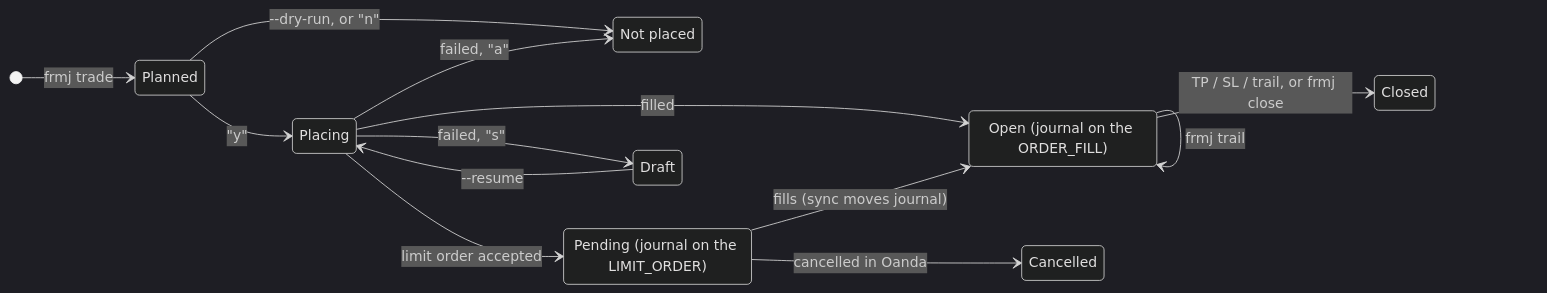
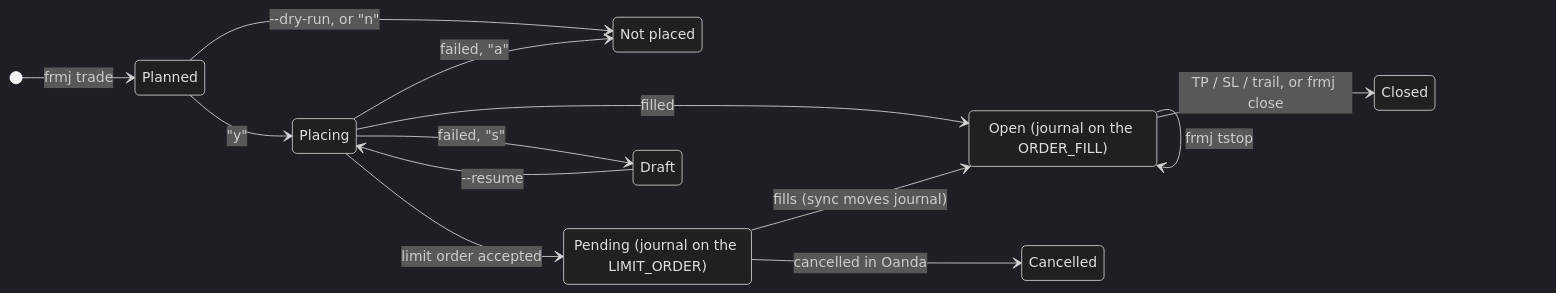
Before and after one commit to RagBillySandstone/frmj: the third of 6 diagrams in docs/architecture.md, drawn with Mermaid (dark theme). The commit also changed other lines of this file and 12 other files, not shown here.

First line of the commit message:
feat!: rename frmj trail to frmj tstop so 'tr' completes to trade

````diff
--- a/docs/architecture.md
+++ b/docs/architecture.md
@@ -205,20 +205,20 @@
 ```mermaid
 stateDiagram-v2
     direction LR
     NotPlaced: Not placed
     Open: Open (journal on the ORDER_FILL)
     Pending: Pending (journal on the LIMIT_ORDER)
 
     [*] --> Planned: frmj trade
     Planned --> NotPlaced: --dry-run, or "n"
     Planned --> Placing: "y"
     Placing --> Draft: failed, "s"
     Draft --> Placing: --resume
     Placing --> NotPlaced: failed, "a"
     Placing --> Open: filled
     Placing --> Pending: limit order accepted
     Pending --> Open: fills (sync moves journal)
     Pending --> Cancelled: cancelled in Oanda
-    Open --> Open: frmj trail
+    Open --> Open: frmj tstop
     Open --> Closed: TP / SL / trail, or frmj close
 ```
````
